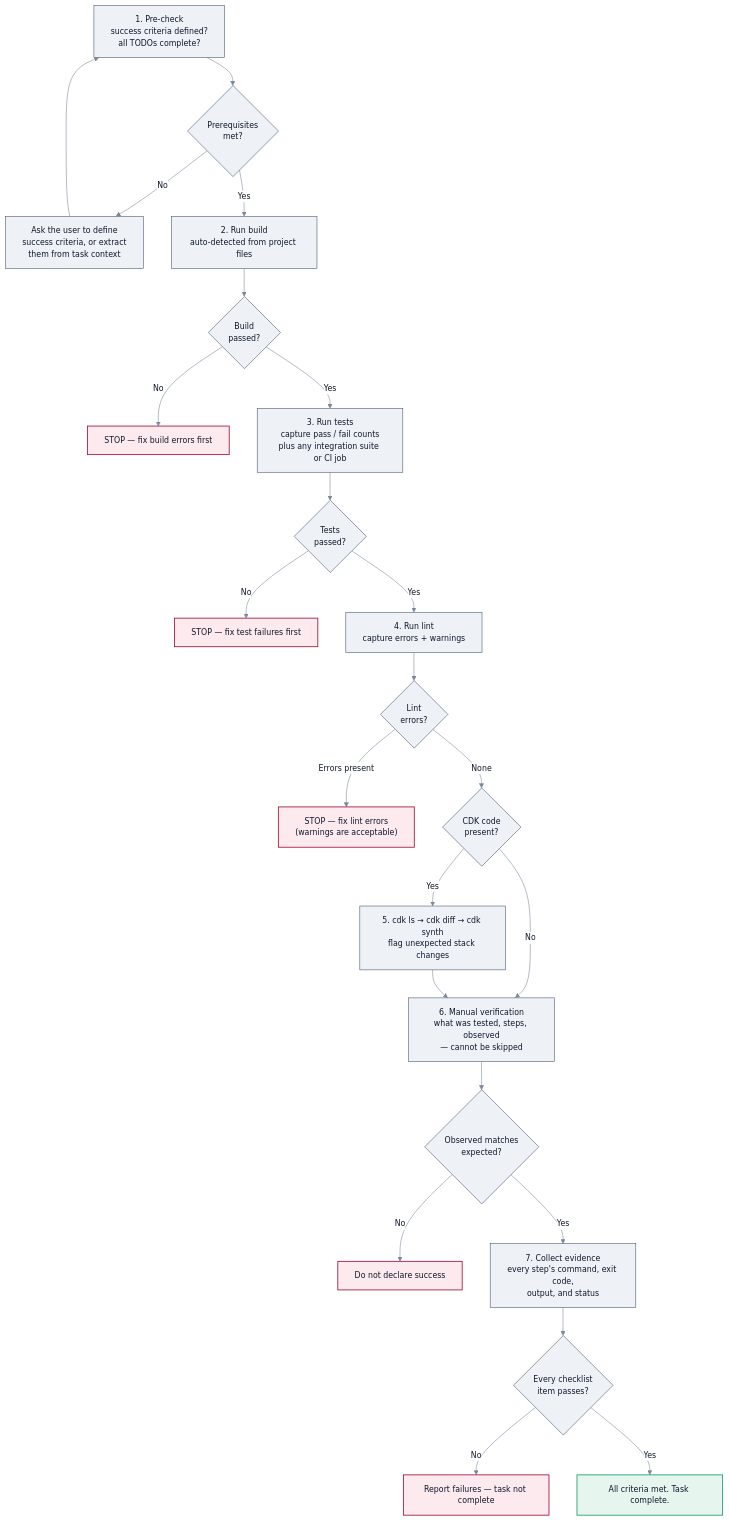
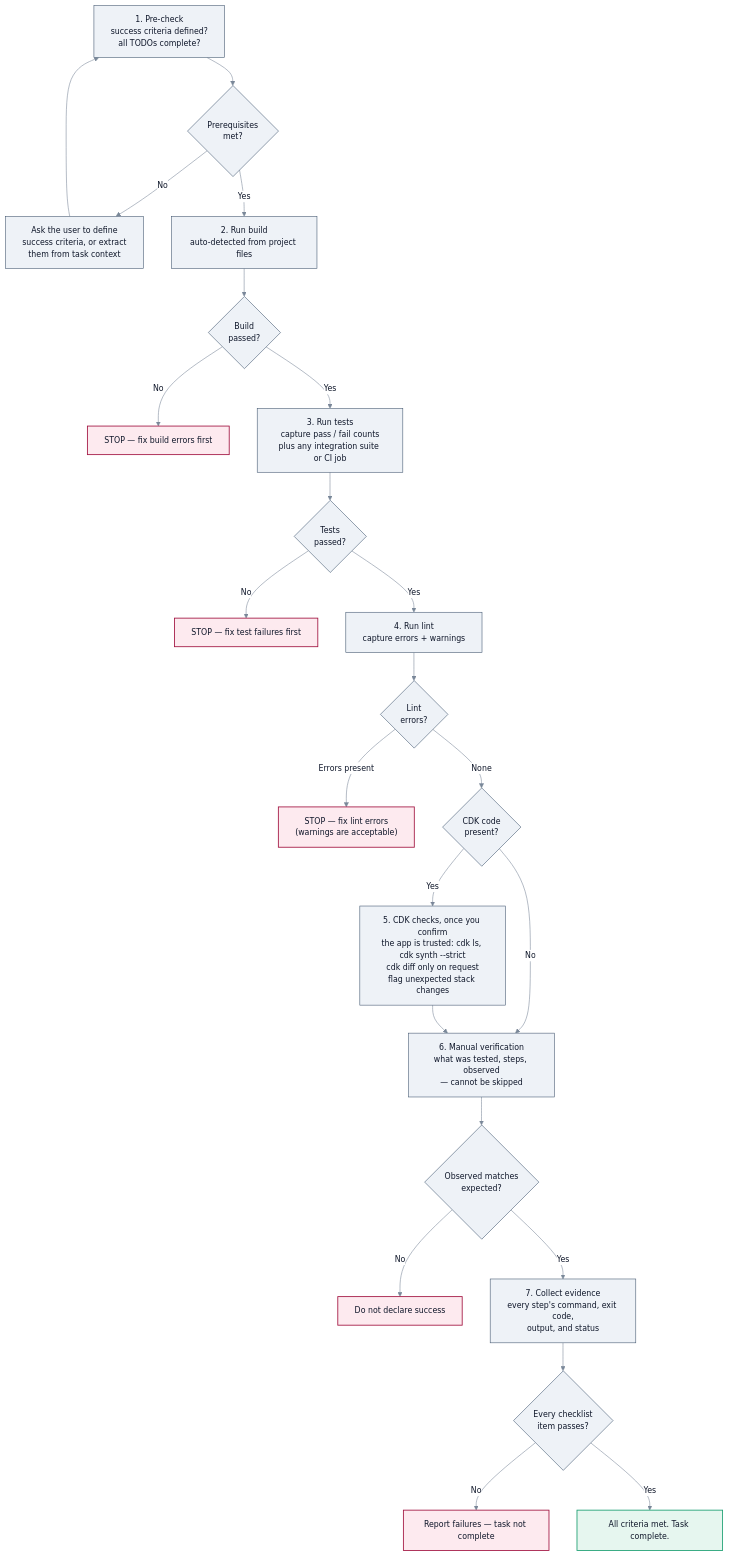
Before and after one commit to aws-solutions/konductor: the third of 4 diagrams in docs/user-guide/sop-workflows/planning-and-analysis.md, drawn with Mermaid. The commit also changed other lines of this file and 7 other files, not shown here.

````diff
--- a/docs/user-guide/sop-workflows/planning-and-analysis.md
+++ b/docs/user-guide/sop-workflows/planning-and-analysis.md
@@ -252,39 +252,39 @@
 ```mermaid
 %%{init:{'theme':'base','themeVariables':{'fontSize':'14px','primaryColor':'#eef2f7','primaryTextColor':'#0f172a','primaryBorderColor':'#40556e','lineColor':'#7a8899','textColor':'#0f172a','edgeLabelBackground':'#ffffff','clusterBkg':'#fafbfc','clusterBorder':'#c9d2dc'}}}%%
 flowchart TD
     S1["1. Pre-check<br/>success criteria defined?<br/>all TODOs complete?"]
     S1 --> G0{"Prerequisites<br/>met?"}
     G0 -->|No| Ask["Ask the user to define<br/>success criteria, or extract<br/>them from task context"]
     Ask --> S1
     G0 -->|Yes| S2["2. Run build<br/>auto-detected from project files"]
 
     S2 --> G1{"Build<br/>passed?"}
     G1 -->|No| Stop1["STOP — fix build errors first"]
     G1 -->|Yes| S3["3. Run tests<br/>capture pass / fail counts<br/>plus any integration suite or CI job"]
 
     S3 --> G2{"Tests<br/>passed?"}
     G2 -->|No| Stop2["STOP — fix test failures first"]
     G2 -->|Yes| S4["4. Run lint<br/>capture errors + warnings"]
 
     S4 --> G3{"Lint<br/>errors?"}
     G3 -->|"Errors present"| Stop3["STOP — fix lint errors<br/>(warnings are acceptable)"]
     G3 -->|"None"| S5{"CDK code<br/>present?"}
 
-    S5 -->|Yes| CDK["5. cdk ls → cdk diff → cdk synth<br/>flag unexpected stack changes"]
+    S5 -->|Yes| CDK["5. CDK checks, once you confirm<br/>the app is trusted: cdk ls, cdk synth --strict<br/>cdk diff only on request<br/>flag unexpected stack changes"]
     S5 -->|No| S6
     CDK --> S6["6. Manual verification<br/>what was tested, steps, observed<br/>— cannot be skipped"]
 
     S6 --> G4{"Observed matches<br/>expected?"}
     G4 -->|No| Stop4["Do not declare success"]
     G4 -->|Yes| S7["7. Collect evidence<br/>every step's command, exit code,<br/>output, and status"]
 
     S7 --> G5{"Every checklist<br/>item passes?"}
     G5 -->|No| Fail["Report failures — task not complete"]
     G5 -->|Yes| Pass["All criteria met. Task complete."]
 
     class Stop1,Stop2,Stop3,Stop4,Fail stop
     class Pass good
 
     classDef stop fill:#fdeaef,stroke:#a1123f,stroke-width:1.5px,color:#0f172a;
     classDef good fill:#e6f6ef,stroke:#199e70,stroke-width:1.5px,color:#0f172a;
 ```
````
